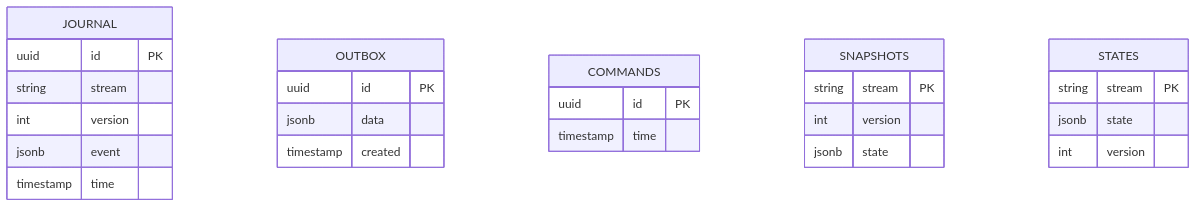
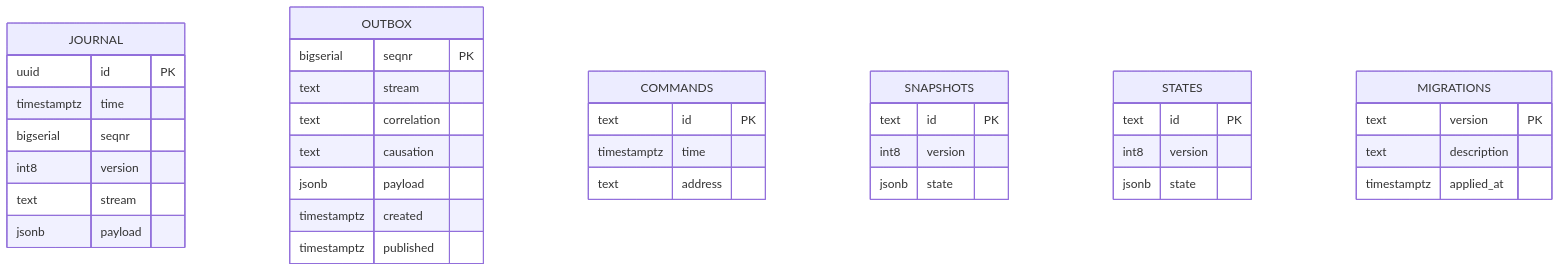
The second of 2 diagrams in docs/tutorials/backends.md (hnaderi/edomata), drawn with Mermaid before and after one commit. The commit also changed other lines of this file and 5 other files, not shown here.

````diff
--- a/docs/tutorials/backends.md
+++ b/docs/tutorials/backends.md
@@ -78,33 +79,45 @@
 ```mermaid
 erDiagram
     JOURNAL {
         uuid id PK
-        string stream
-        int version
-        jsonb event
-        timestamp time
+        timestamptz time
+        bigserial seqnr
+        int8 version
+        text stream
+        jsonb payload
     }
 
     OUTBOX {
-        uuid id PK
-        jsonb data
-        timestamp created
+        bigserial seqnr PK
+        text stream
+        text correlation
+        text causation
+        jsonb payload
+        timestamptz created
+        timestamptz published
     }
 
     COMMANDS {
-        uuid id PK
-        timestamp time
+        text id PK
+        timestamptz time
+        text address
     }
 
     SNAPSHOTS {
-        string stream PK
-        int version
+        text id PK
+        int8 version
         jsonb state
     }
 
     STATES {
-        string stream PK
+        text id PK
+        int8 version
         jsonb state
-        int version
+    }
+
+    MIGRATIONS {
+        text version PK
+        text description
+        timestamptz applied_at
     }
 ```
````
